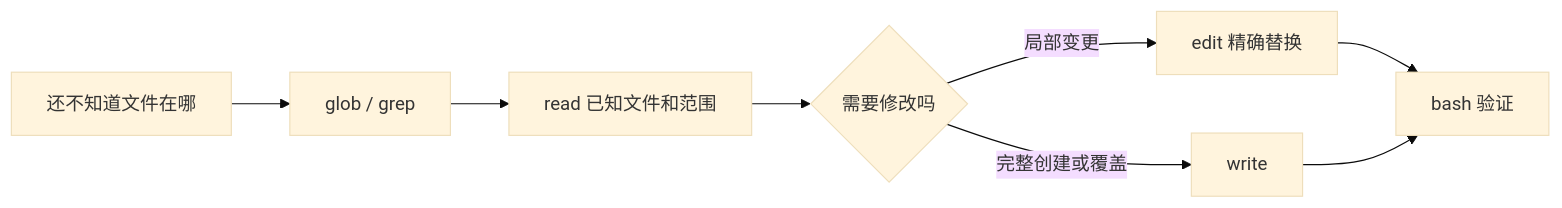
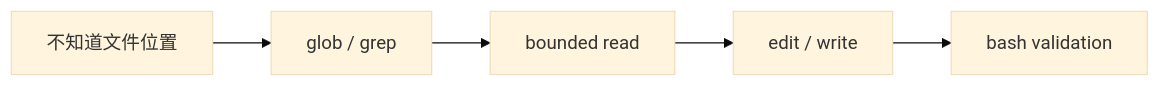
Before and after one commit to Arthur999459up/GitAgent: the tenth of 15 diagrams in docs/05-capability-and-tool-system.md, drawn with Mermaid (base theme). The commit also changed other lines of this file and 15 other files, not shown here.

````diff
--- a/docs/05-capability-and-tool-system.md
+++ b/docs/05-capability-and-tool-system.md
@@ -599,10 +289,7 @@
 ```mermaid
 flowchart LR
-    Q[还不知道文件在哪] --> S[glob / grep]
-    S --> R[read 已知文件和范围]
-    R --> D{需要修改吗}
-    D -->|局部变更| E[edit 精确替换]
-    D -->|完整创建或覆盖| W[write]
-    E --> V[bash 验证]
-    W --> V
+    Q[不知道文件位置] --> G[glob / grep]
+    G --> R[bounded read]
+    R --> E[edit / write]
+    E --> V[bash validation]
 ```
````
